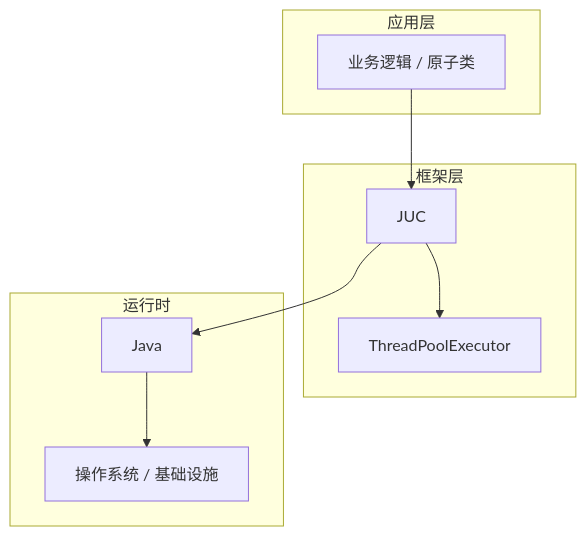
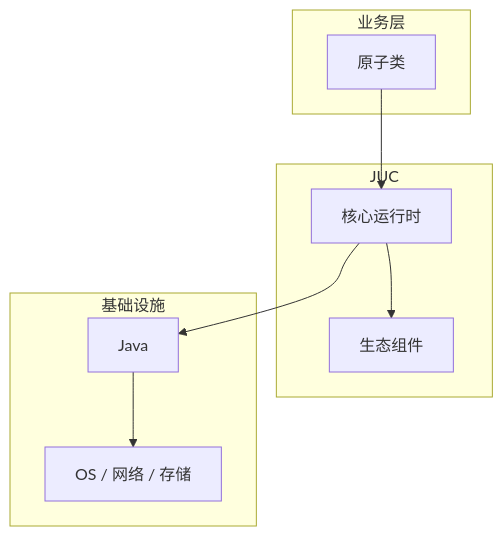
Before and after one commit to yanggan2015/knowledge-json-v2: the diagram in articles/Java并发/chapters/033-原子类核心概念与原理.md, drawn with Mermaid. The commit also changed other lines of this file and 10127 other files, not shown here.

````diff
--- a/articles/Java并发/chapters/033-原子类核心概念与原理.md
+++ b/articles/Java并发/chapters/033-原子类核心概念与原理.md
@@ -45,18 +34,18 @@
 ```mermaid
 graph TB
-    subgraph 应用层
-        A[业务逻辑 / 原子类]
+    subgraph 业务层
+        A[原子类]
     end
-    subgraph 框架层
-        B[JUC]
-        C[ThreadPoolExecutor]
+    subgraph JUC
+        B[核心运行时]
+        C[生态组件]
     end
-    subgraph 运行时
+    subgraph 基础设施
         D[Java]
-        E[操作系统 / 基础设施]
+        E[OS / 网络 / 存储]
     end
     A --> B
     B --> C
     B --> D
     D --> E
 ```
````
